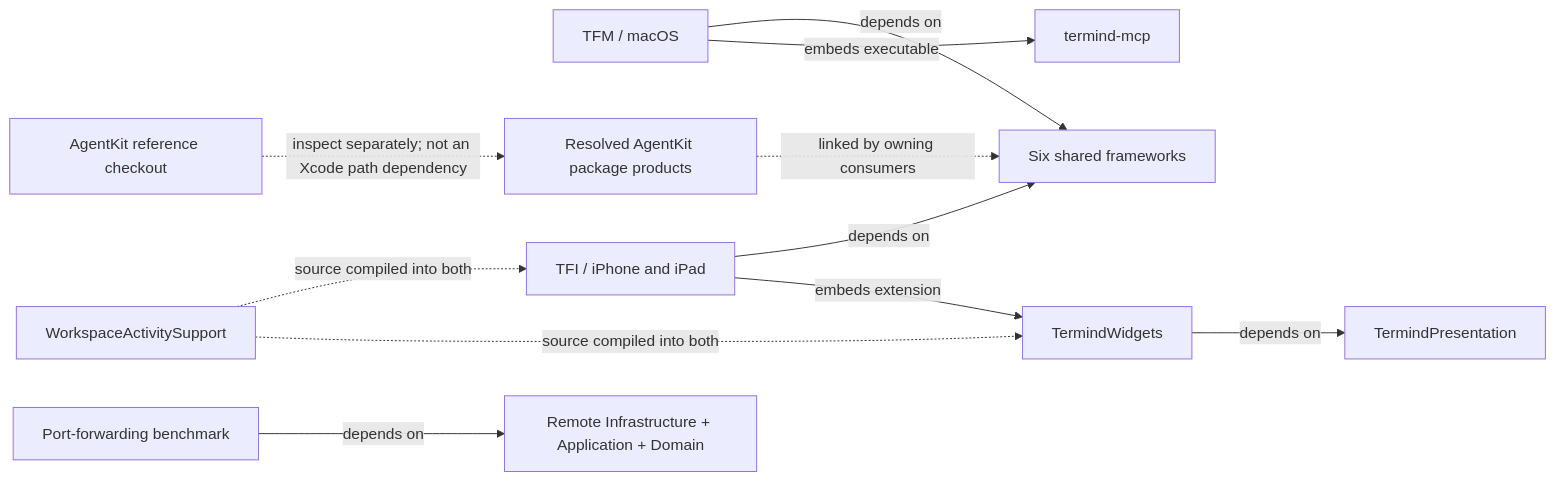
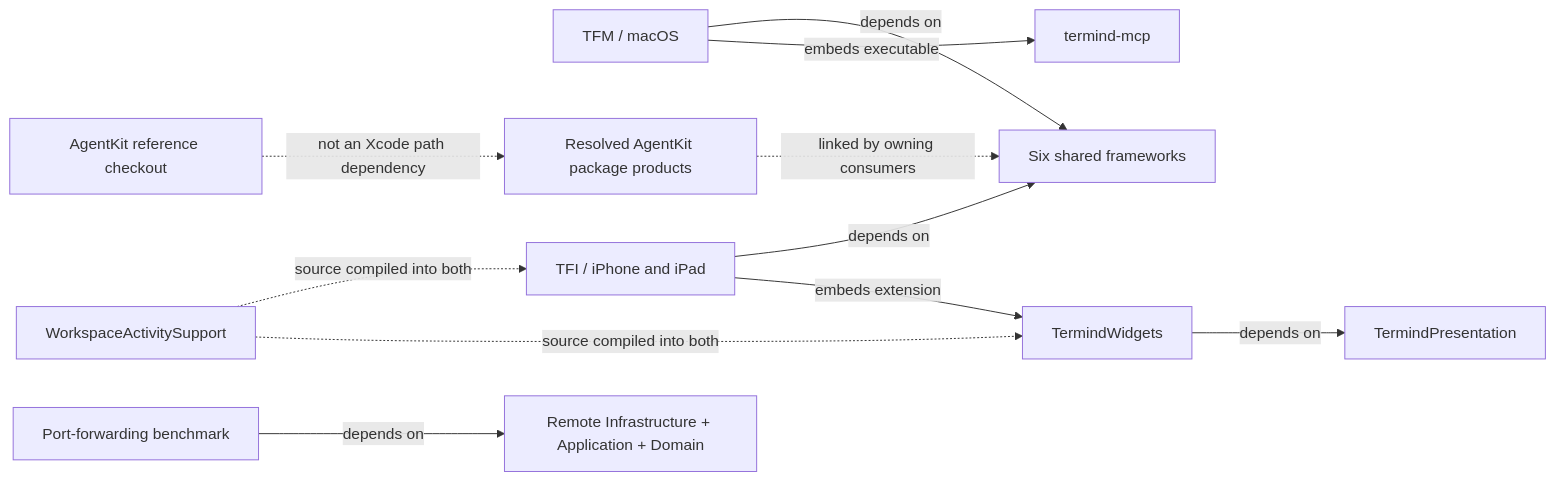
One commit to AkinoKaede/Termind changed the second of 2 diagrams in openwiki/architecture/module-map.md. Above: the diagram before and after it, drawn with Mermaid. The commit also changed other lines of this file and 49 other files, not shown here.

````diff
--- a/openwiki/architecture/module-map.md
+++ b/openwiki/architecture/module-map.md
@@ -111,13 +117,13 @@
 ```mermaid
 flowchart LR
     Desktop["TFM / macOS"] -->|depends on| Shared["Six shared frameworks"]
     Mobile["TFI / iPhone and iPad"] -->|depends on| Shared
     Desktop -->|embeds executable| Bridge["termind-mcp"]
     Mobile -->|embeds extension| Widget["TermindWidgets"]
     Widget -->|depends on| Presentation["TermindPresentation"]
     Activity["WorkspaceActivitySupport"] -.->|source compiled into both| Mobile
     Activity -.->|source compiled into both| Widget
     Package["Resolved AgentKit package products"] -.->|linked by owning consumers| Shared
-    Checkout["AgentKit reference checkout"] -.->|inspect separately; not an Xcode path dependency| Package
+    Checkout["AgentKit reference checkout"] -.->|not an Xcode path dependency| Package
     Benchmark["Port-forwarding benchmark"] -->|depends on| Remote["Remote Infrastructure + Application + Domain"]
 ```
````
